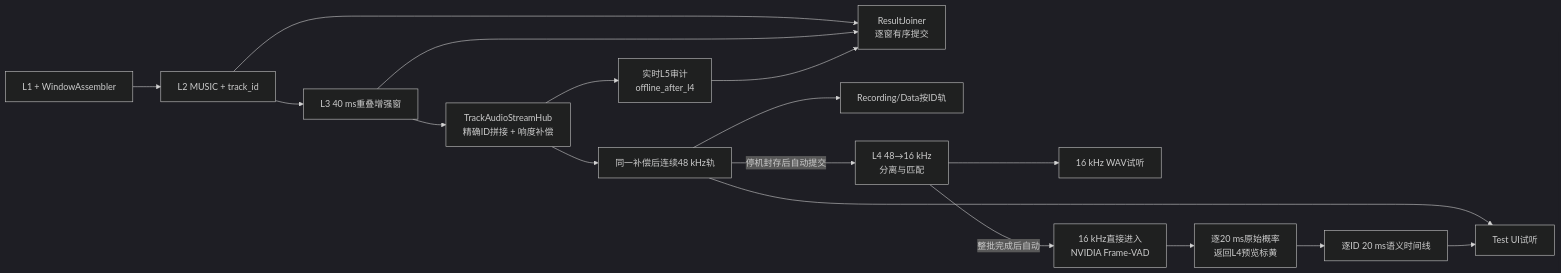
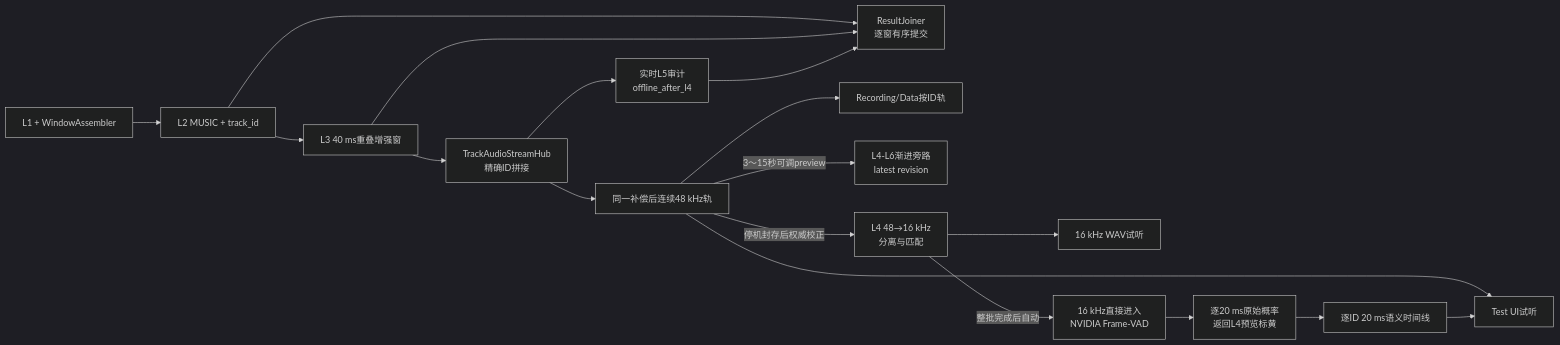
The diagram in ARCHITECTURE_V1.1_TARGET.md (Dwan-123456/micarray-6plus1-voice-direction), drawn with Mermaid (dark theme) before and after one commit. The commit also changed other lines of this file and 32 other files, not shown here.

````diff
--- a/ARCHITECTURE_V1.1_TARGET.md
+++ b/ARCHITECTURE_V1.1_TARGET.md
@@ -96,19 +98,20 @@
 ```mermaid
 flowchart LR
     L1["L1 + WindowAssembler"] --> L2["L2 MUSIC + track_id"]
     L2 --> L3["L3 40 ms重叠增强窗"]
     L3 --> HUB
-    HUB["TrackAudioStreamHub<br/>精确ID拼接 + 响度补偿"] --> AUDIT["实时L5审计<br/>offline_after_l4"]
+    HUB["TrackAudioStreamHub<br/>精确ID拼接"] --> AUDIT["实时L5审计<br/>offline_after_l4"]
     L2 --> JOIN["ResultJoiner<br/>逐窗有序提交"]
     L3 --> JOIN
     AUDIT --> JOIN
     HUB --> TRACK["同一补偿后连续48 kHz轨"]
     TRACK --> UI["Test UI试听"]
     TRACK --> REC["Recording/Data按ID轨"]
-    TRACK -->|"停机封存后自动提交"| L4["L4 48→16 kHz<br/>分离与匹配"]
+    TRACK -->|"3～15秒可调preview"| PREVIEW["L4-L6渐进旁路<br/>latest revision"]
+    TRACK -->|"停机封存后权威校正"| L4["L4 48→16 kHz<br/>分离与匹配"]
     L4 --> L4UI["16 kHz WAV试听"]
     L4 -->|"整批完成后自动"| NV["16 kHz直接进入<br/>NVIDIA Frame-VAD"]
     NV --> L5["逐20 ms原始概率<br/>返回L4预览标黄"]
     L5 --> SEM["逐ID 20 ms语义时间线"]
     SEM --> UI
 ```
````
